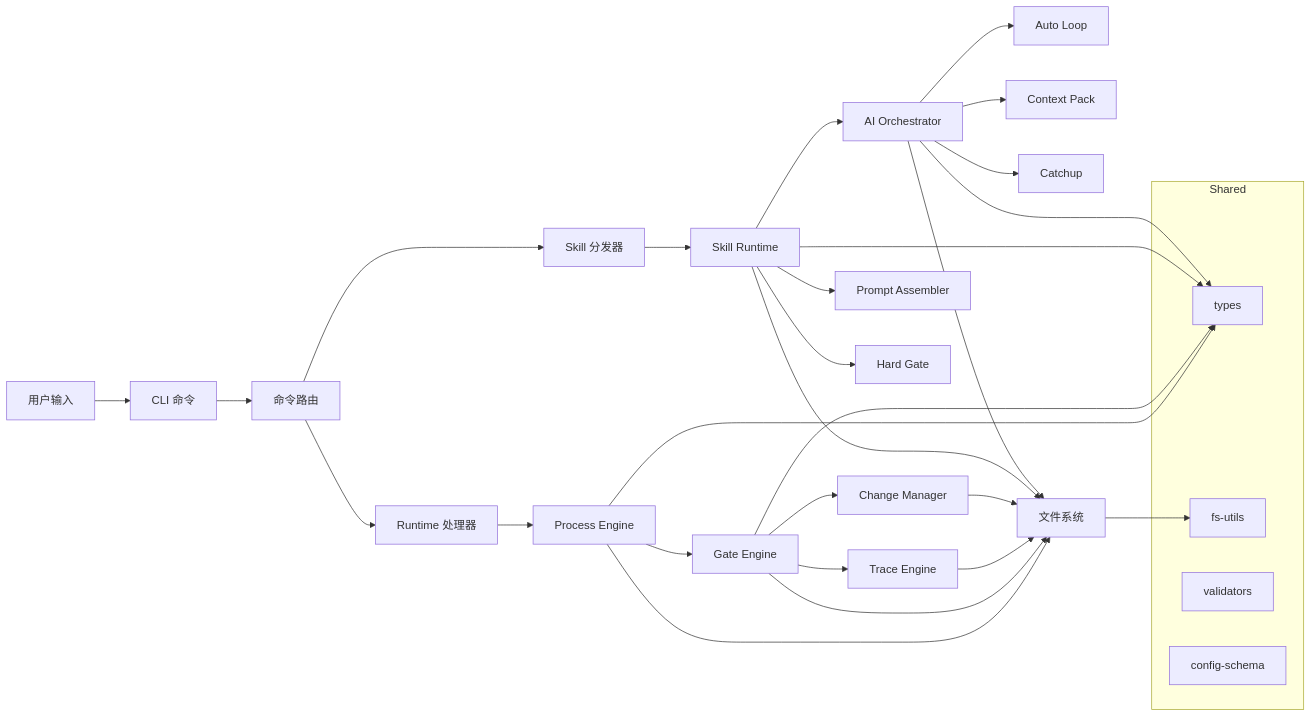
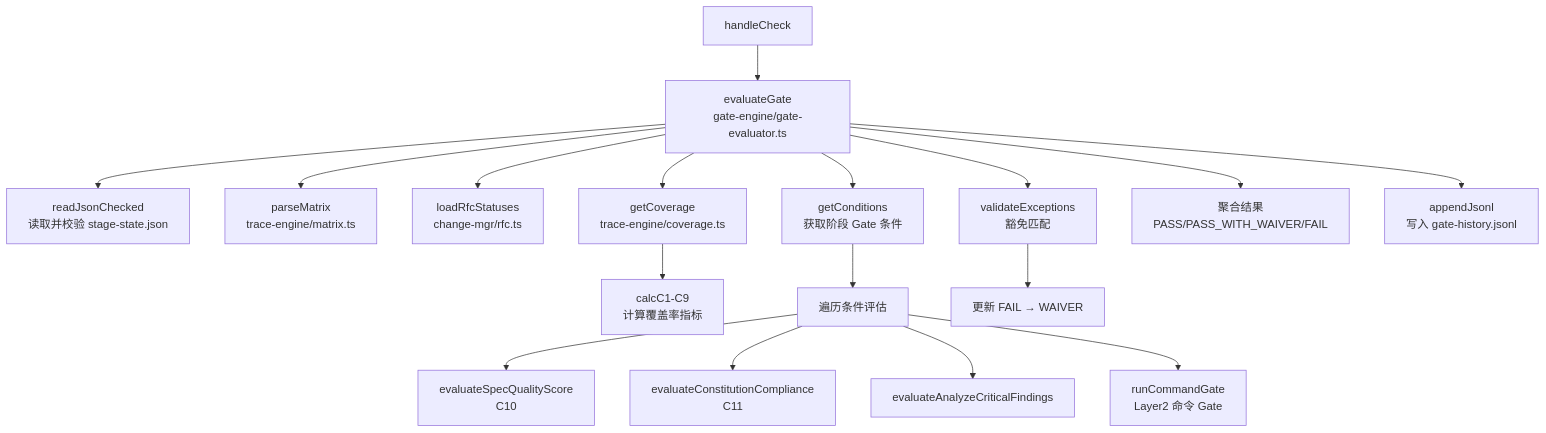
One commit to leo-kuang-ai/spec-first changed the fifth of 10 diagrams in docs/first/call-graph.md. Above: the diagram before and after it, drawn with Mermaid. The commit also changed other lines of this file and 26 other files, not shown here.

````diff
--- a/docs/first/call-graph.md
+++ b/docs/first/call-graph.md
@@ -369,41 +174,23 @@
 ```mermaid
-flowchart LR
-    User[用户输入] --> CLI[CLI 命令]
-    CLI --> Router[命令路由]
-    Router --> Runtime[Runtime 处理器]
-    Router --> Skill[Skill 分发器]
+flowchart TD
+    A[handleCheck] --> B[evaluateGate<br/>gate-engine/gate-evaluator.ts]
+    B --> C[readJsonChecked<br/>读取并校验 stage-state.json]
+    B --> D[parseMatrix<br/>trace-engine/matrix.ts]
+    B --> E[loadRfcStatuses<br/>change-mgr/rfc.ts]
+    B --> F[getCoverage<br/>trace-engine/coverage.ts]
 
-    Runtime --> PE[Process Engine]
-    PE --> GE[Gate Engine]
-    GE --> TE[Trace Engine]
-    GE --> CM[Change Manager]
+    F --> G[calcC1-C9<br/>计算覆盖率指标]
 
-    Skill --> SR[Skill Runtime]
-    SR --> PA[Prompt Assembler]
-    SR --> HG[Hard Gate]
-    SR --> AO[AI Orchestrator]
+    B --> H[getConditions<br/>获取阶段 Gate 条件]
+    H --> I[遍历条件评估]
+    I --> J[evaluateSpecQualityScore<br/>C10]
+    I --> K[evaluateConstitutionCompliance<br/>C11]
+    I --> L[evaluateAnalyzeCriticalFindings]
+    I --> M[runCommandGate<br/>Layer2 命令 Gate]
 
-    AO --> AL[Auto Loop]
-    AO --> CP[Context Pack]
-    AO --> CC[Catchup]
+    B --> N[validateExceptions<br/>豁免匹配]
+    N --> O[更新 FAIL → WAIVER]
 
-    PE --> FS[文件系统]
-    GE --> FS
-    TE --> FS
-    CM --> FS
-    SR --> FS
-    AO --> FS
-
-    subgraph Shared
-        ST[types]
-        SF[fs-utils]
-        SV[validators]
-        SC[config-schema]
-    end
-
-    FS --> SF
-    PE --> ST
-    GE --> ST
-    SR --> ST
-    AO --> ST
+    B --> P[聚合结果<br/>PASS/PASS_WITH_WAIVER/FAIL]
+    B --> Q[appendJsonl<br/>写入 gate-history.jsonl]
 ```
````
